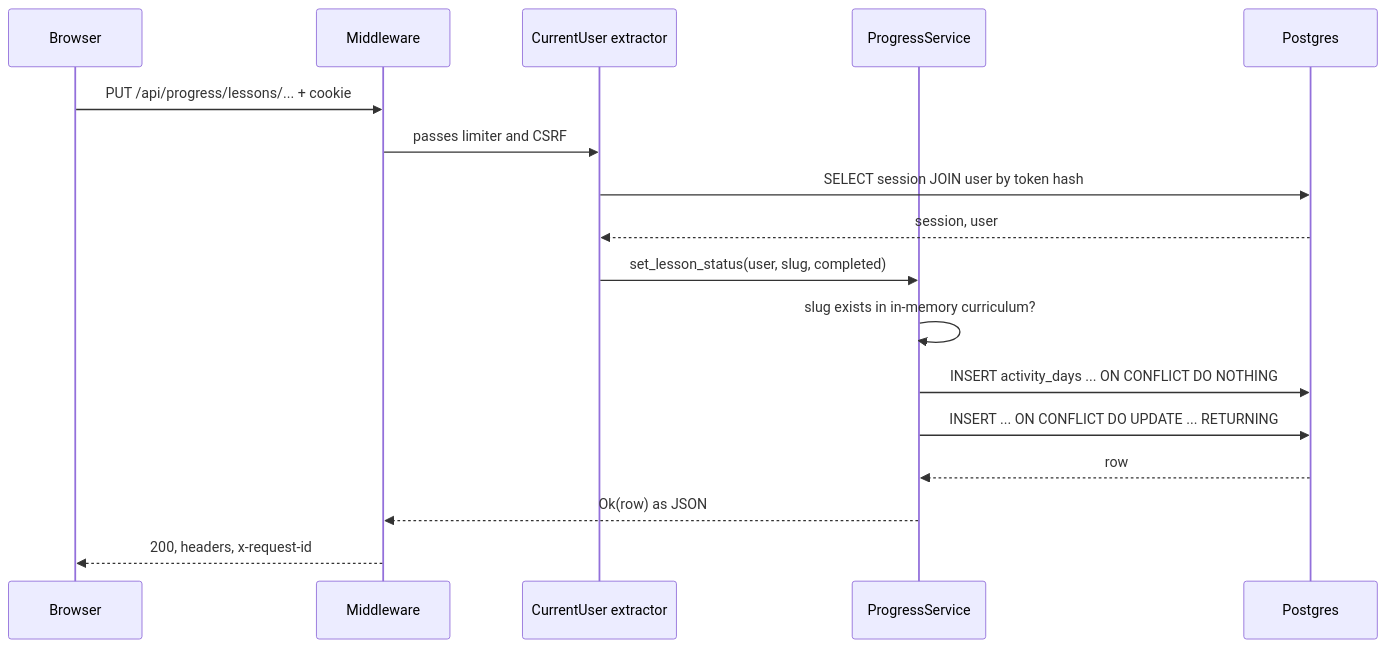
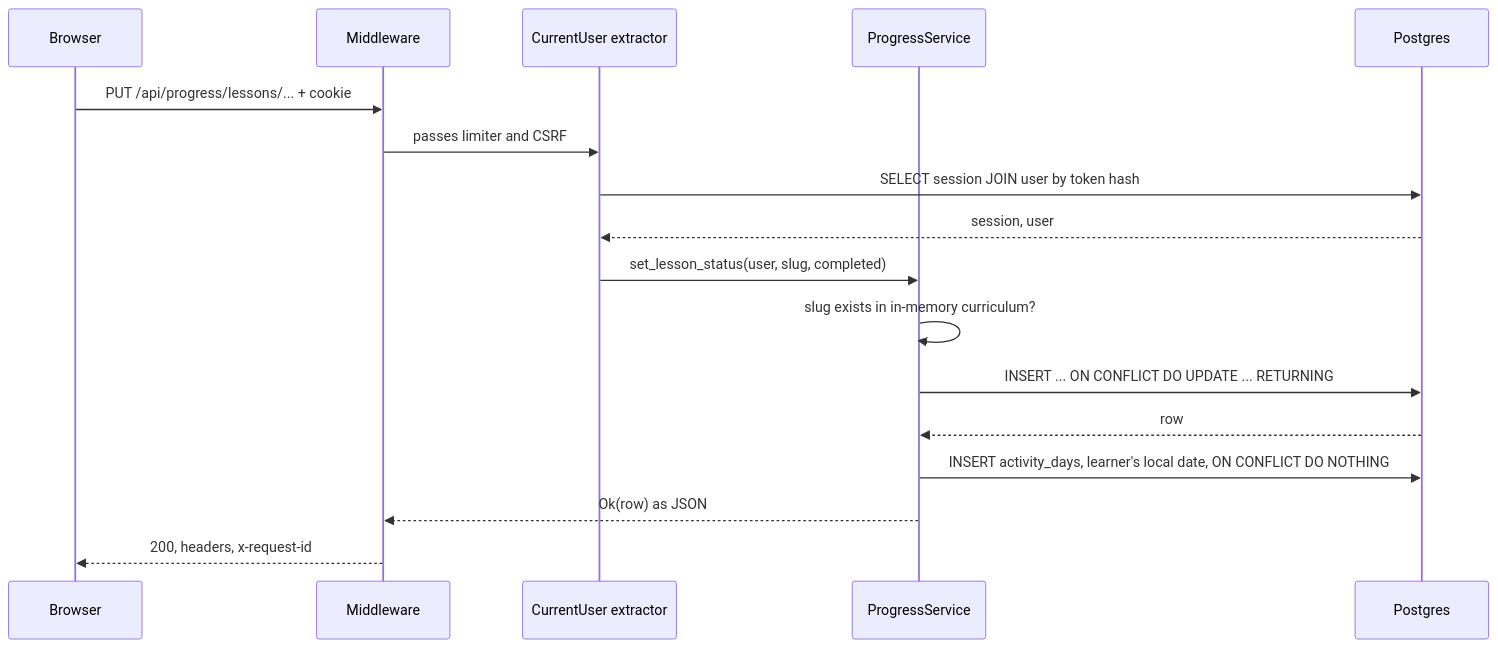
Before and after one commit to thull32/ascend: the second of 2 diagrams in content/tracks/14-case-study-ascend/01-the-system/02-anatomy-of-a-request.md, drawn with Mermaid. The commit also changed other lines of this file and 48 other files, not shown here.

````diff
--- a/content/tracks/14-case-study-ascend/01-the-system/02-anatomy-of-a-request.md
+++ b/content/tracks/14-case-study-ascend/01-the-system/02-anatomy-of-a-request.md
@@ -241,19 +241,19 @@
 ```mermaid
 sequenceDiagram
   participant B as Browser
   participant M as Middleware
   participant X as CurrentUser extractor
   participant S as ProgressService
   participant DB as Postgres
   B->>M: PUT /api/progress/lessons/... + cookie
   M->>X: passes limiter and CSRF
   X->>DB: SELECT session JOIN user by token hash
   DB-->>X: session, user
   X->>S: set_lesson_status(user, slug, completed)
   S->>S: slug exists in in-memory curriculum?
-  S->>DB: INSERT activity_days ... ON CONFLICT DO NOTHING
   S->>DB: INSERT ... ON CONFLICT DO UPDATE ... RETURNING
   DB-->>S: row
+  S->>DB: INSERT activity_days, learner's local date, ON CONFLICT DO NOTHING
   S-->>M: Ok(row) as JSON
   M-->>B: 200, headers, x-request-id
 ```
````
